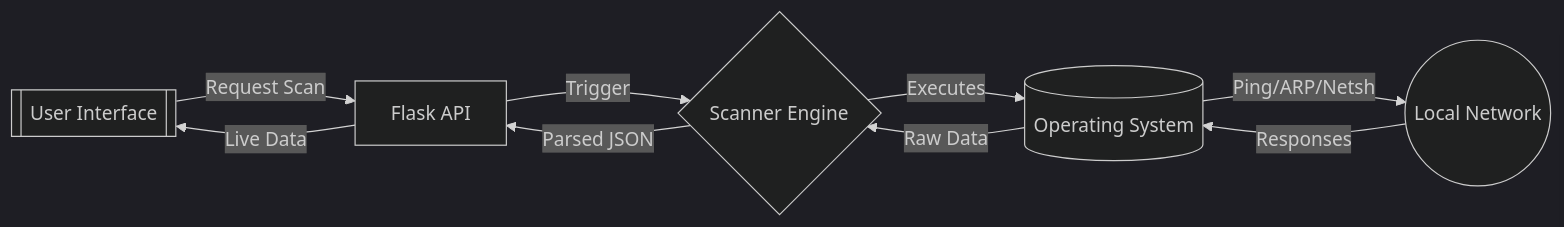
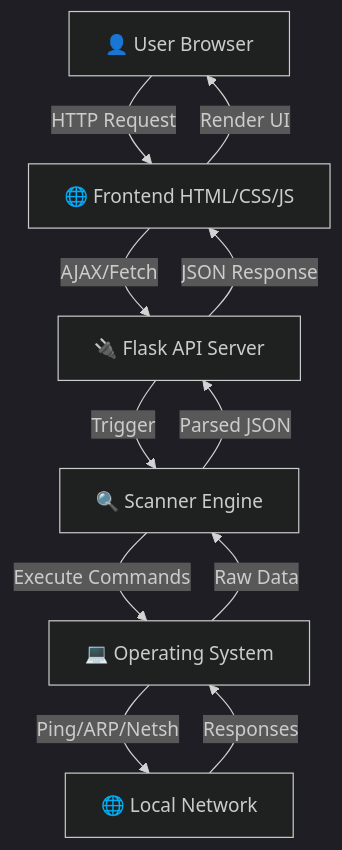
Before and after one commit to DHRUVASAI/GARUDA-: the diagram in README.md, drawn with Mermaid (dark theme). The commit also changed other lines of this file and 8 other files, not shown here.

````diff
--- a/README.md
+++ b/README.md
@@ -137,17 +421,20 @@
 ```mermaid
-flowchart LR
-  User[[User Interface]]
-  API[Flask API]
-  Scanner{Scanner Engine}
-  OS[(Operating System)]
-  Network((Local Network))
-
-  User -->|Request Scan| API
-  API -->|Trigger| Scanner
-  Scanner -->|Executes| OS
-  OS -->|Ping/ARP/Netsh| Network
-  Network -->|Responses| OS
-  OS -->|Raw Data| Scanner
-  Scanner -->|Parsed JSON| API
-  API -->|Live Data| User
+flowchart TB
+    User[👤 User Browser]
+    Frontend[🌐 Frontend HTML/CSS/JS]
+    API[🔌 Flask API Server]
+    Scanner[🔍 Scanner Engine]
+    OS[💻 Operating System]
+    Network[🌐 Local Network]
+    
+    User -->|HTTP Request| Frontend
+    Frontend -->|AJAX/Fetch| API
+    API -->|Trigger| Scanner
+    Scanner -->|Execute Commands| OS
+    OS -->|Ping/ARP/Netsh| Network
+    Network -->|Responses| OS
+    OS -->|Raw Data| Scanner
+    Scanner -->|Parsed JSON| API
+    API -->|JSON Response| Frontend
+    Frontend -->|Render UI| User
 ```
````
